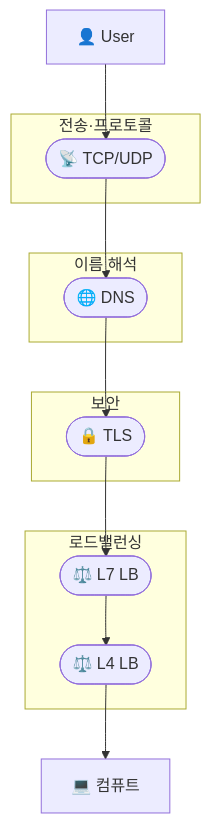
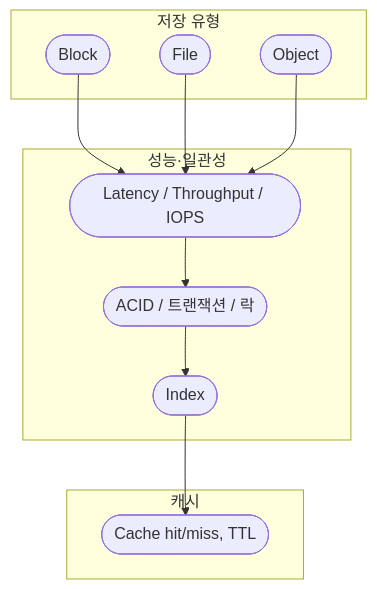
The second of 5 diagrams in public/handbook/core-cs/real-system-diagrams.md (gwonmin/QuizNox_front), drawn with Mermaid before and after one commit. The commit also changed other lines of this file and 125 other files, not shown here.

````diff
--- a/public/handbook/core-cs/real-system-diagrams.md
+++ b/public/handbook/core-cs/real-system-diagrams.md
@@ -30,24 +37,22 @@
 ```mermaid
 flowchart TB
-  U[👤 User]
-  subgraph protocol [전송·프로토콜]
-    P([📡 TCP/UDP])
+  subgraph storage [저장 유형]
+    B([Block])
+    F([File])
+    O([Object])
   end
-  subgraph name [이름 해석]
-    D([🌐 DNS])
+  subgraph perf [성능·일관성]
+    IO([Latency / Throughput / IOPS])
+    AC([ACID / 트랜잭션 / 락])
+    IX([Index])
   end
-  subgraph secure [보안]
-    T([🔒 TLS])
+  subgraph cache [캐시]
+    C([Cache hit/miss, TTL])
   end
-  subgraph lb [로드밸런싱]
-    L7([⚖️ L7 LB])
-    L4([⚖️ L4 LB])
-  end
-  E[💻 컴퓨트]
-  U --> P
-  P --> D
-  D --> T
-  T --> L7
-  L7 --> L4
-  L4 --> E
+  B --> IO
+  F --> IO
+  O --> IO
+  IO --> AC
+  AC --> IX
+  IX --> C
 ```
````
